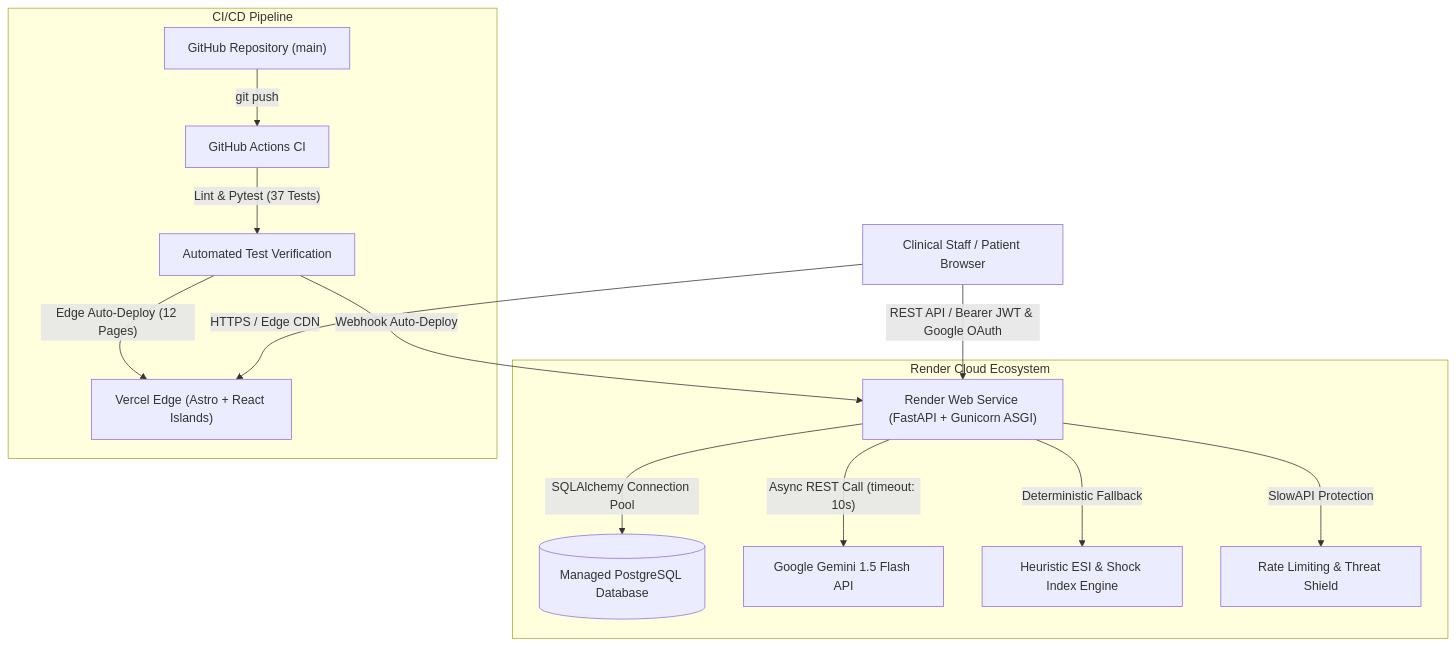
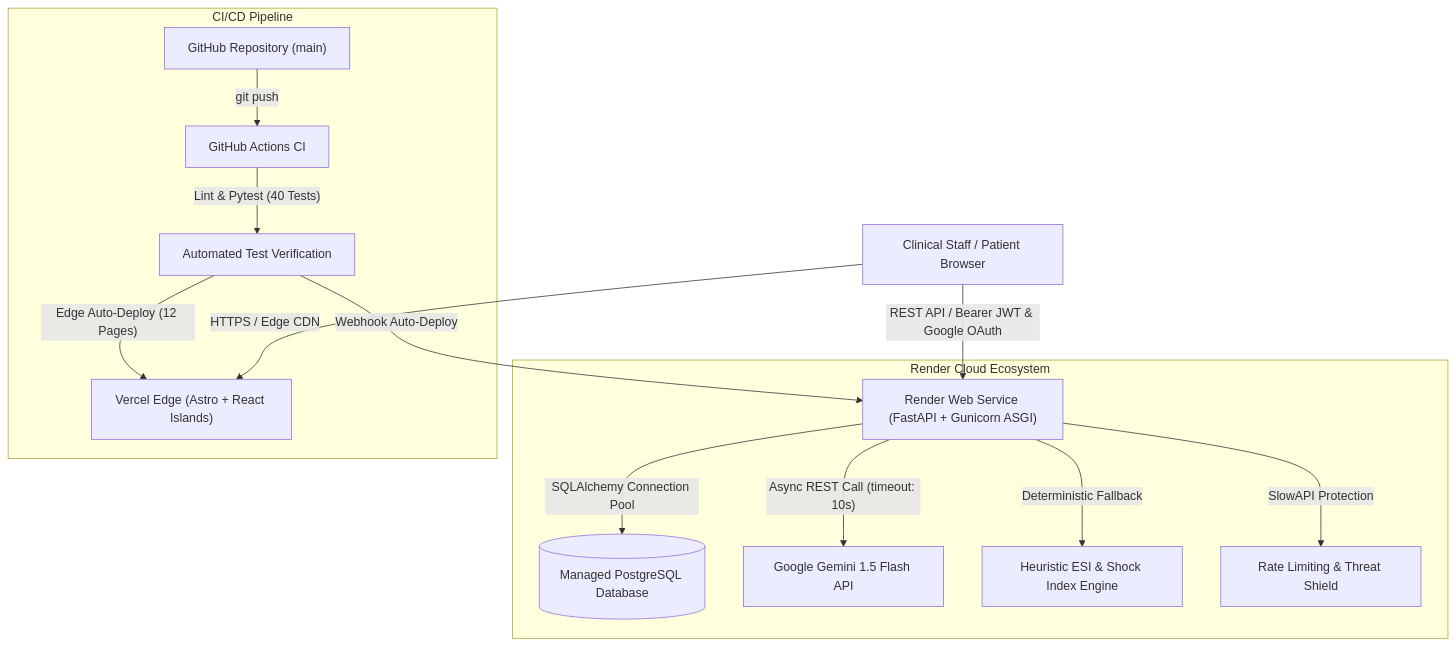
One commit to AkshayByte/swasthatrack changed the first of 2 diagrams in README.md. Above: the diagram before and after it, drawn with Mermaid. The commit also changed other lines of this file and 7 other files, not shown here.

````diff
--- a/README.md
+++ b/README.md
@@ -38,19 +38,19 @@
 ```mermaid
 graph TD
     User["Clinical Staff / Patient Browser"] -->|"HTTPS / Edge CDN"| Vercel["Vercel Edge (Astro + React Islands)"]
     User -->|"REST API / Bearer JWT & Google OAuth"| Render["Render Web Service (FastAPI + Gunicorn ASGI)"]
     
     subgraph "Render Cloud Ecosystem"
         Render -->|"SQLAlchemy Connection Pool"| Postgres[("Managed PostgreSQL Database")]
         Render -->|"Async REST Call (timeout: 10s)"| Gemini["Google Gemini 1.5 Flash API"]
         Render -->|"Deterministic Fallback"| ESI["Heuristic ESI & Shock Index Engine"]
         Render -->|"SlowAPI Protection"| RateLimit["Rate Limiting & Threat Shield"]
     end
 
     subgraph "CI/CD Pipeline"
         GitHub["GitHub Repository (main)"] -->|"git push"| GHA["GitHub Actions CI"]
-        GHA -->|"Lint & Pytest (37 Tests)"| TestPass["Automated Test Verification"]
+        GHA -->|"Lint & Pytest (40 Tests)"| TestPass["Automated Test Verification"]
         TestPass -->|"Webhook Auto-Deploy"| Render
         TestPass -->|"Edge Auto-Deploy (12 Pages)"| Vercel
     end
 ```
````
